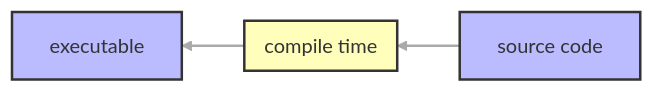
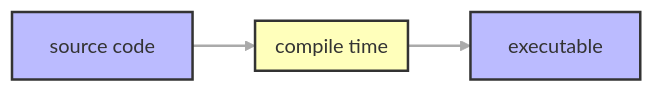
One commit to hannahkm/fosdem-2026 changed the fourth of 8 diagrams in presentation.md. Above: the diagram before and after it, drawn with Mermaid (base theme). The commit also changed other lines of this file, not shown here.

Commit message:
fix graph ordering

````diff
--- a/presentation.md
+++ b/presentation.md
@@ -568,12 +568,13 @@
 ```mermaid
-graph RL
+graph LR
     A[source code] --> B
     subgraph B[compile time]
+        direction LR
     end
     B --> F[executable]
 
     style A fill:#bbf,stroke:#333,stroke-width:2px
     style B fill:#ffb,stroke:#333,stroke-width:2px
     style F fill:#bbf,stroke:#333,stroke-width:2px
     linkStyle default stroke:#aaa,stroke-width:2px
 ```
````
